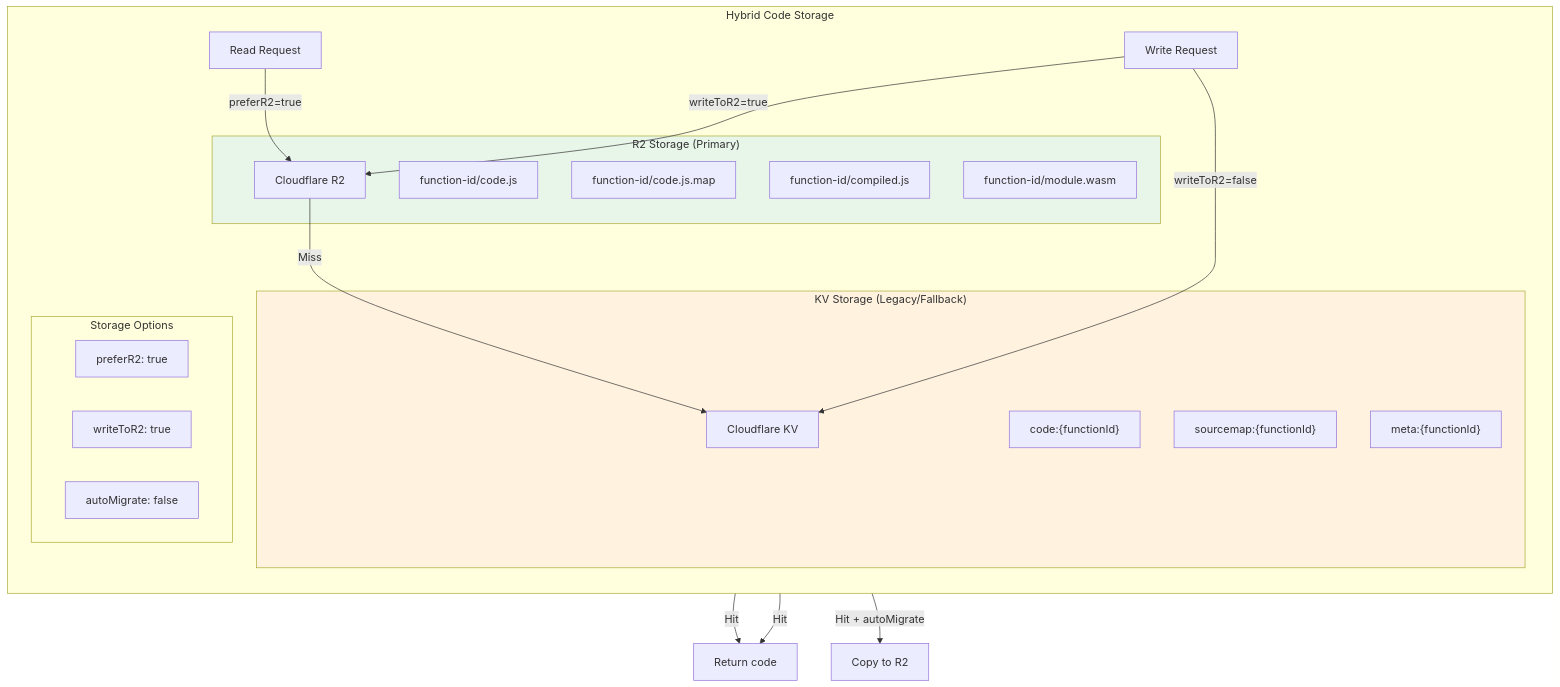
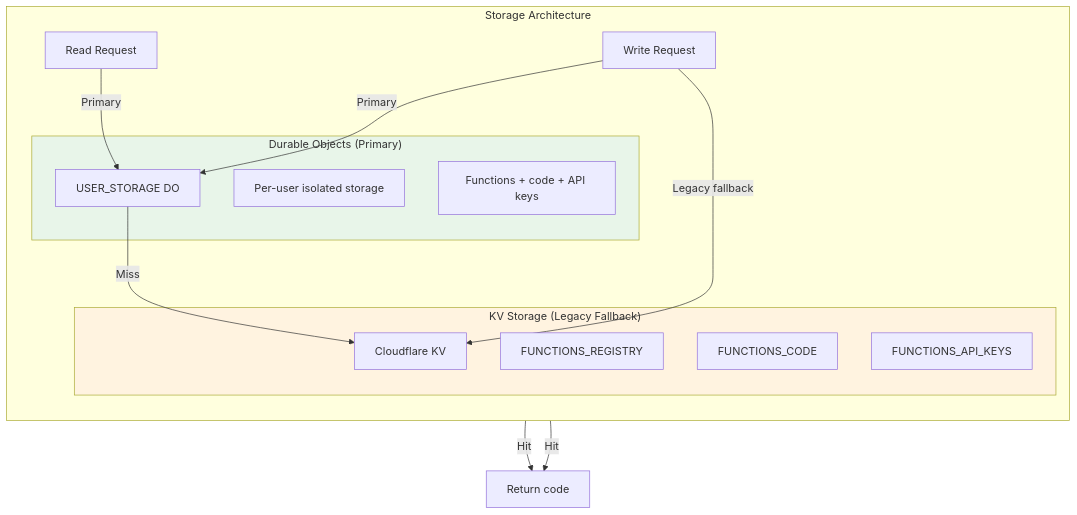
The sixth of 10 diagrams in docs/architecture/overview.md (dot-do/functions), drawn with Mermaid before and after one commit. The commit also changed other lines of this file and 14 other files, not shown here.

````diff
--- a/docs/architecture/overview.md
+++ b/docs/architecture/overview.md
@@ -270,42 +263,33 @@
 ```mermaid
 flowchart TB
-    subgraph HybridStorage["Hybrid Code Storage"]
+    subgraph Storage["Storage Architecture"]
         direction TB
 
         Read["Read Request"]
         Write["Write Request"]
 
-        subgraph R2Layer["R2 Storage (Primary)"]
-            R2["Cloudflare R2"]
-            R2Code["function-id/code.js"]
-            R2Map["function-id/code.js.map"]
-            R2Compiled["function-id/compiled.js"]
-            R2WASM["function-id/module.wasm"]
+        subgraph DOLayer["Durable Objects (Primary)"]
+            UserStorage["USER_STORAGE DO"]
+            DOCode["Per-user isolated storage"]
+            DOFunctions["Functions + code + API keys"]
         end
 
-        subgraph KVLayer["KV Storage (Legacy/Fallback)"]
+        subgraph KVLayer["KV Storage (Legacy Fallback)"]
             KV["Cloudflare KV"]
-            KVCode["code:{functionId}"]
-            KVMap["sourcemap:{functionId}"]
-            KVMeta["meta:{functionId}"]
-        end
-
-        subgraph Config["Storage Options"]
-            PreferR2["preferR2: true"]
-            WriteR2["writeToR2: true"]
-            AutoMigrate["autoMigrate: false"]
+            KVRegistry["FUNCTIONS_REGISTRY"]
+            KVCode["FUNCTIONS_CODE"]
+            KVKeys["FUNCTIONS_API_KEYS"]
         end
     end
 
-    Read -->|preferR2=true| R2
-    R2 -->|Hit| Return["Return code"]
-    R2 -->|Miss| KV
-    KV -->|Hit + autoMigrate| MigrateToR2["Copy to R2"]
+    Read -->|Primary| UserStorage
+    UserStorage -->|Hit| Return["Return code"]
+    UserStorage -->|Miss| KV
     KV -->|Hit| Return
 
-    Write -->|writeToR2=true| R2
-    Write -->|writeToR2=false| KV
+    Write -->|Primary| UserStorage
+    Write -->|Legacy fallback| KV
 
-    style R2Layer fill:#E8F5E9
+    style DOLayer fill:#E8F5E9
     style KVLayer fill:#FFF3E0
 ```
````
